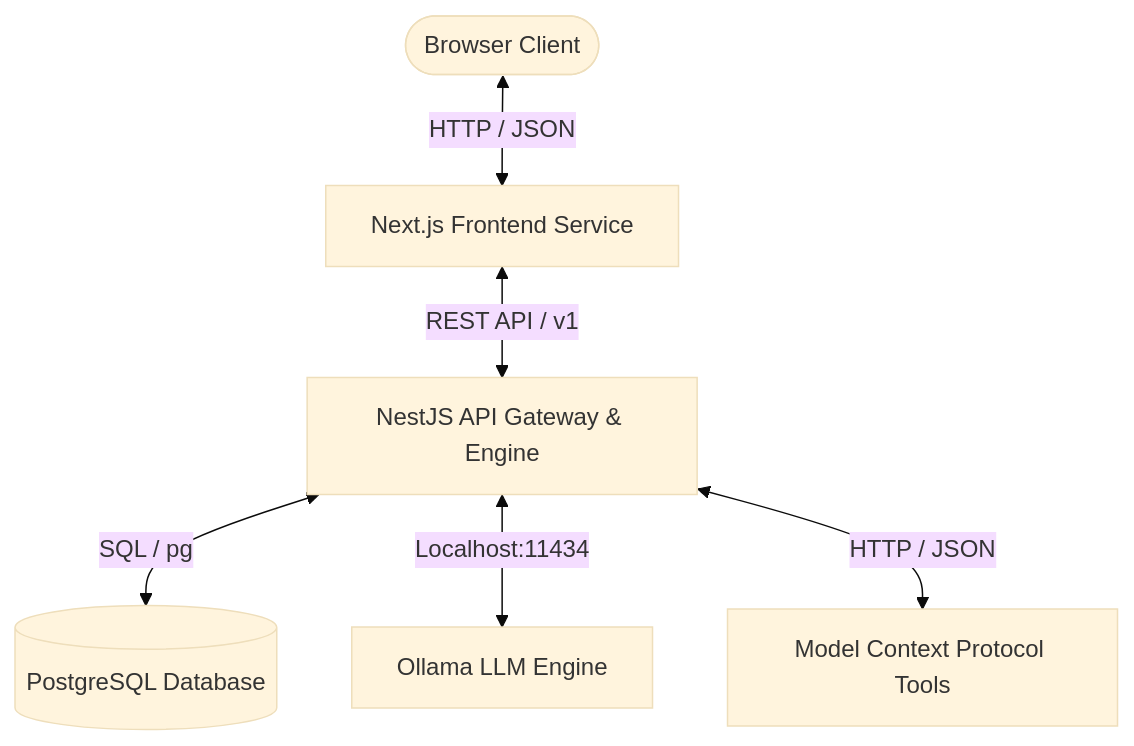
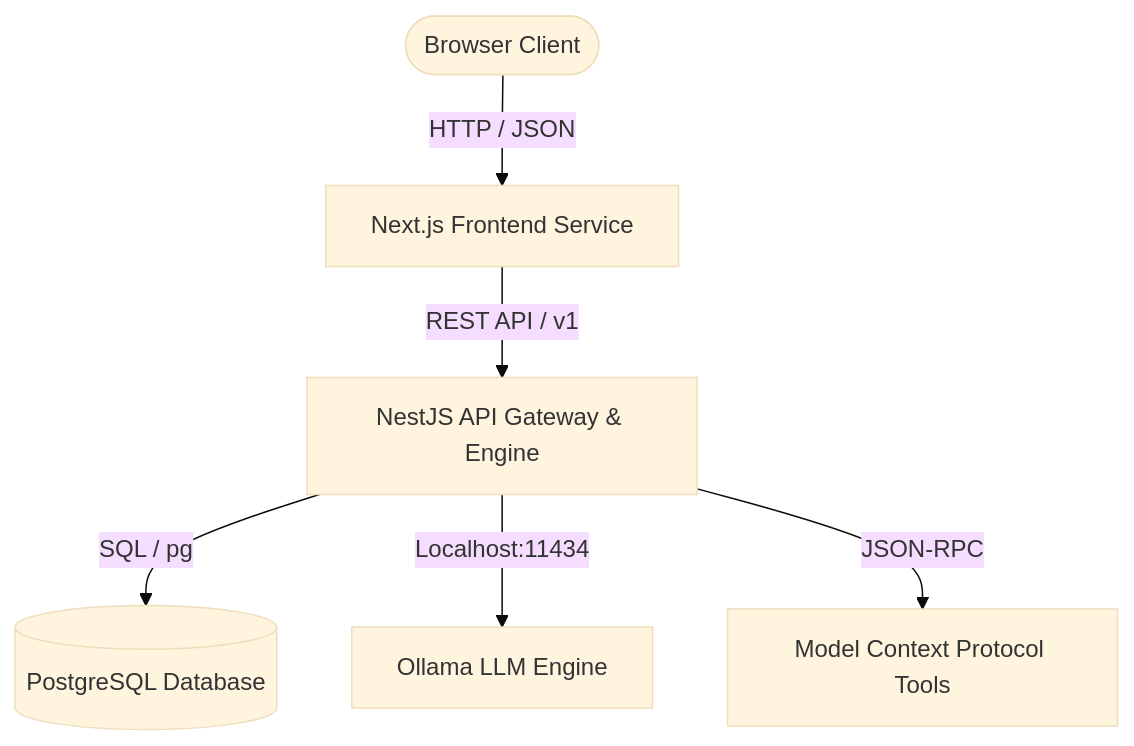
The first of 4 diagrams in docs/architecture.md (cosmosinnovate/agentos), drawn with Mermaid (base theme) before and after one commit.

Commit message:
fix: resolve Mermaid diagram syntax error in architecture.md

````diff
--- a/docs/architecture.md
+++ b/docs/architecture.md
@@ -11,8 +11,8 @@
 ```mermaid
 graph TD
-    User([Browser Client]) <--> |HTTP / JSON| Frontend[Next.js Frontend Service]
-    Frontend <--> |REST API / v1| Backend[NestJS API Gateway & Engine]
-    Backend <--> |SQL / pg| Database[(PostgreSQL Database)]
-    Backend <--> |Localhost:11434| Ollama[Ollama LLM Engine]
-    Backend <--> |HTTP / JSON| MCP[Model Context Protocol Tools]
+    User([Browser Client]) --> |"HTTP / JSON"| Frontend[Next.js Frontend Service]
+    Frontend --> |"REST API / v1"| Backend[NestJS API Gateway & Engine]
+    Backend --> |"SQL / pg"| Database[(PostgreSQL Database)]
+    Backend --> |"Localhost:11434"| Ollama[Ollama LLM Engine]
+    Backend --> |"JSON-RPC"| MCP[Model Context Protocol Tools]
 ```
````
